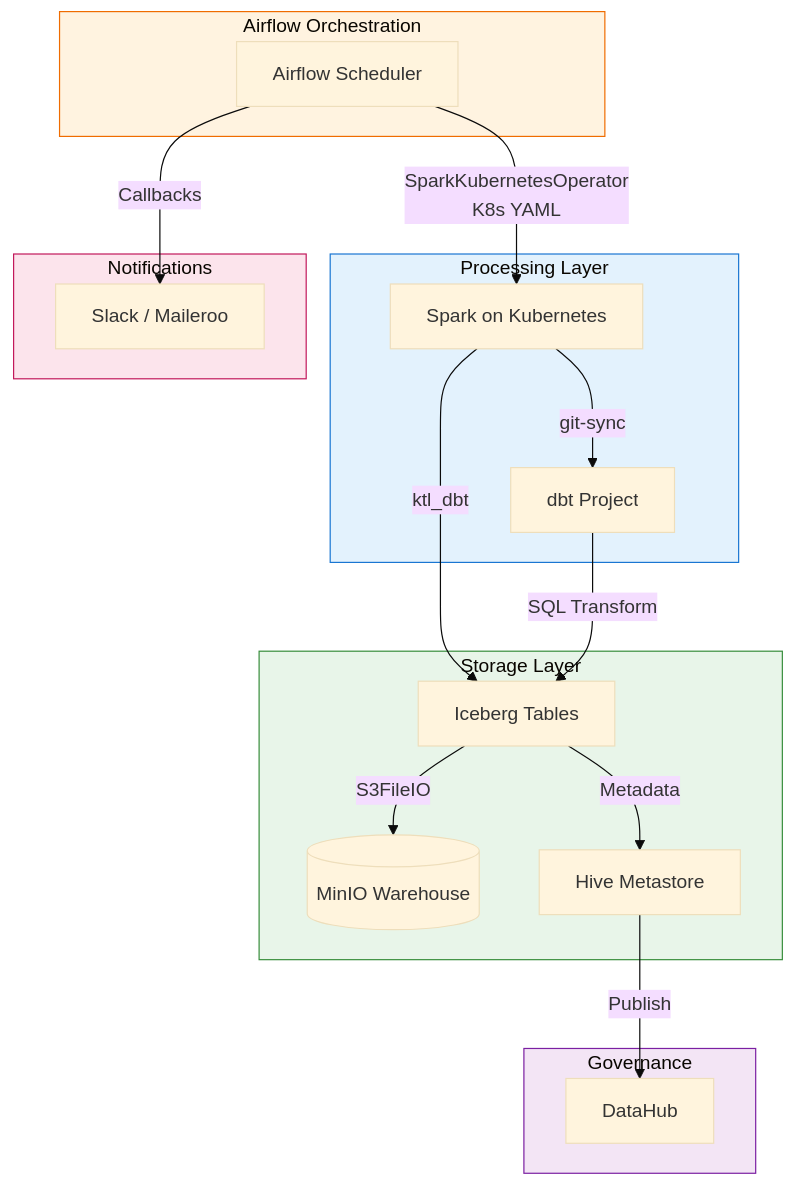
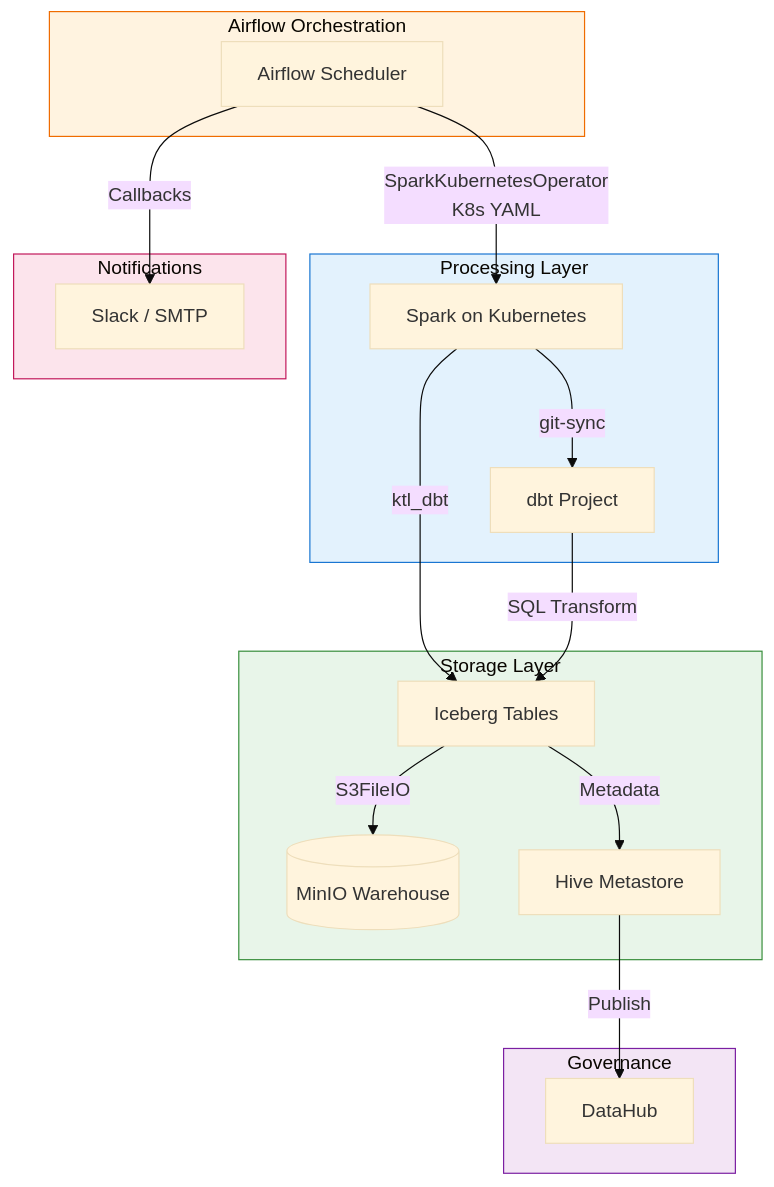
One commit to trangtoan293/hanas-doc changed the diagram in website/docs/03-processing/apache-airflow/README.md. Above: the diagram before and after it, drawn with Mermaid (base theme). The commit also changed other lines of this file and 1 other file, not shown here.

````diff
--- a/website/docs/03-processing/apache-airflow/README.md
+++ b/website/docs/03-processing/apache-airflow/README.md
@@ -9,44 +9,44 @@
 ```mermaid
 flowchart TB
     subgraph AirflowLayer["Airflow Orchestration"]
         AF[Airflow Scheduler]
     end
     
     subgraph ProcessingLayer["Processing Layer"]
         SPK[Spark on Kubernetes]
         DBT[dbt Project]
     end
     
     subgraph StorageLayer["Storage Layer"]
         ICE[Iceberg Tables]
         MIN[(MinIO Warehouse)]
         HMS[Hive Metastore]
     end
     
     subgraph Notification["Notifications"]
-        SLACK[Slack / Maileroo]
+        SLACK[Slack / SMTP ]
     end
     
     subgraph Governance["Governance"]
         DH[DataHub]
     end
     
     AF -->|SparkKubernetesOperator<br/>K8s YAML| SPK
     AF -->|Callbacks| SLACK
     
     SPK -->|git-sync| DBT
     SPK -->|ktl_dbt| ICE
     
     DBT -->|SQL Transform| ICE
     
     ICE -->|S3FileIO| MIN
     ICE -->|Metadata| HMS
     
     HMS -->|Publish| DH
     
     style AirflowLayer fill:#fff3e0,stroke:#ef6c00
     style ProcessingLayer fill:#e3f2fd,stroke:#1976d2
     style StorageLayer fill:#e8f5e9,stroke:#388e3c
     style Notification fill:#fce4ec,stroke:#c2185b
     style Governance fill:#f3e5f5,stroke:#7b1fa2
 ```
````
